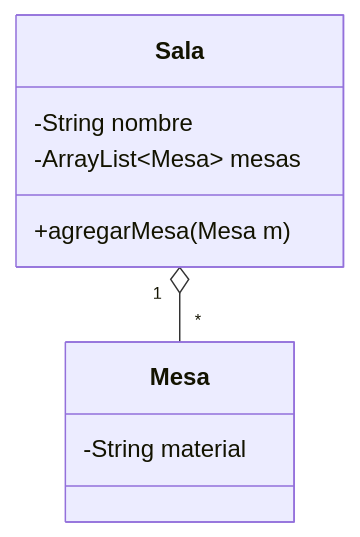
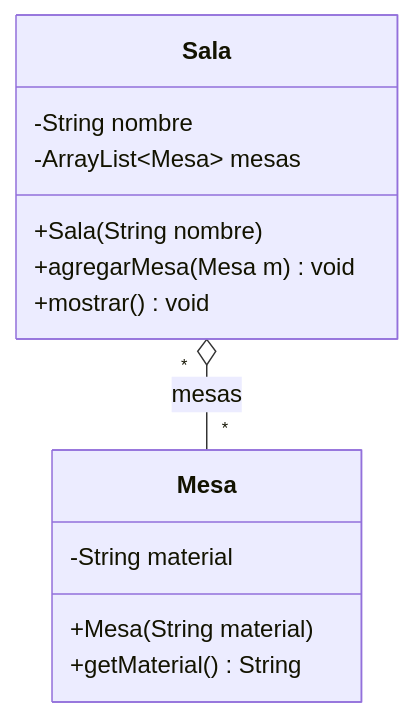
Before and after one commit to CursosProgramacionEP/USIL_SEMANA09: the third of 8 diagrams in README.md, drawn with Mermaid. The commit also changed other lines of this file, not shown here.

Commit message:
Diagramas UML completos y alineados con el código (atributos, constructores, getters, métodos)

````diff
--- a/README.md
+++ b/README.md
@@ -66,12 +77,16 @@
 ```mermaid
 classDiagram
     class Sala {
         -String nombre
         -ArrayList~Mesa~ mesas
-        +agregarMesa(Mesa m)
+        +Sala(String nombre)
+        +agregarMesa(Mesa m) void
+        +mostrar() void
     }
     class Mesa {
         -String material
+        +Mesa(String material)
+        +getMaterial() String
     }
-    Sala "1" o-- "*" Mesa
+    Sala "*" o-- "*" Mesa : mesas
 ```
````
